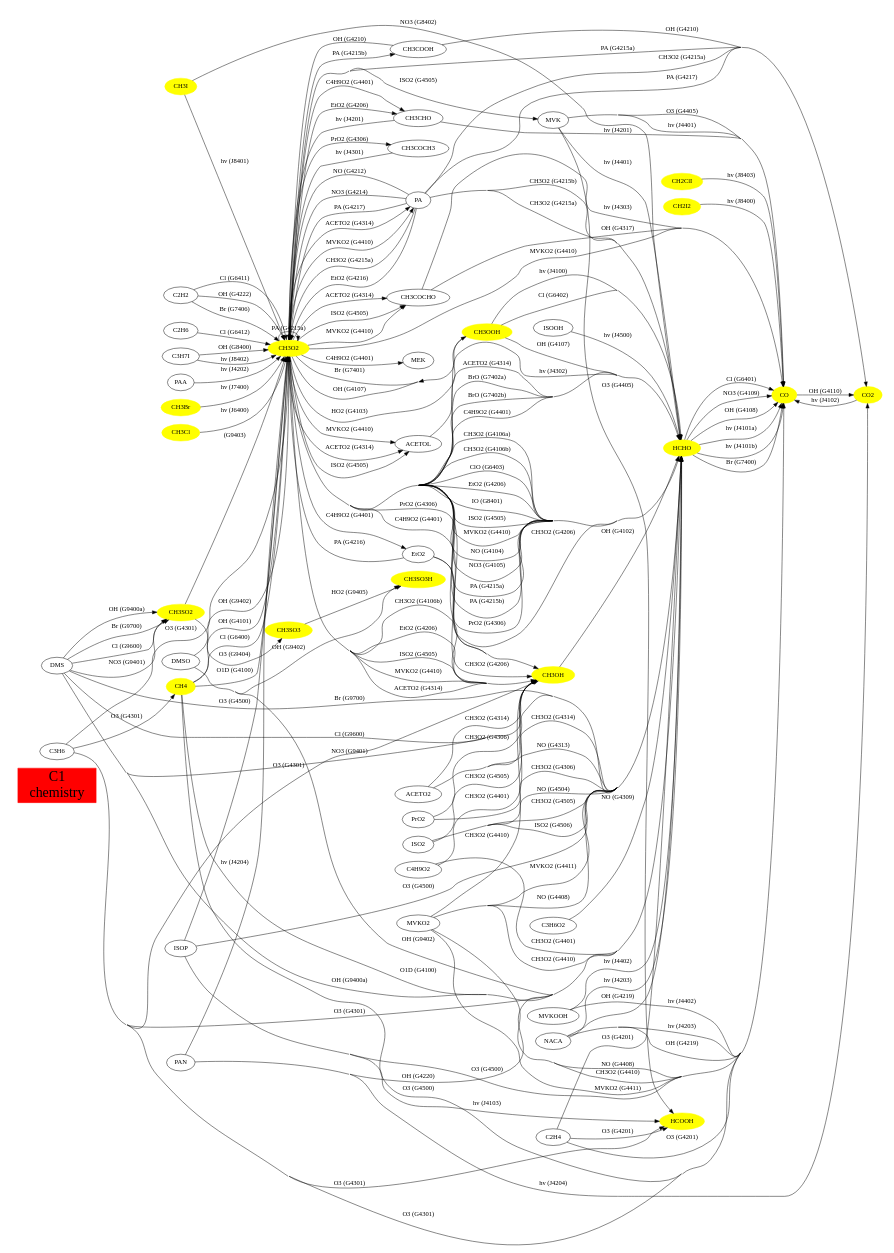
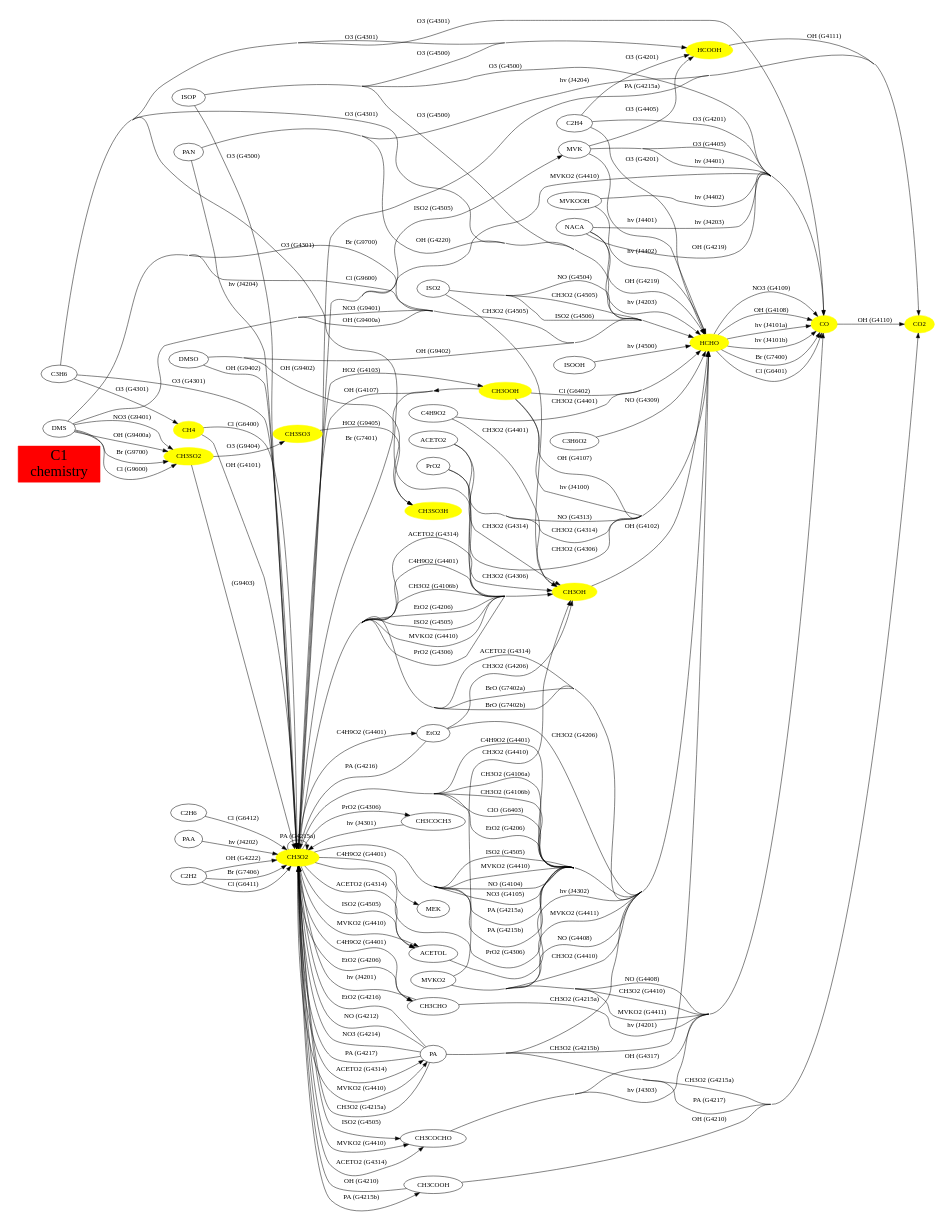
Before and after one commit to HartwigHarder/CAABA: the diagram in mecca/graphviz/C1.dot, drawn with Graphviz. The commit also changed 86 other files, not shown here.

```diff
--- a/mecca/graphviz/C1.dot
+++ b/mecca/graphviz/C1.dot
@@ -1,184 +1,167 @@
 // Created automatically by xgraphviz, DO NOT EDIT!
 digraph C1 {
   concentrate=true;
   rankdir=LR;
   size="8,8";
 "C1\nchemistry"
   [shape=box, fontsize=30,
   style="filled", color=red];
 subgraph species {
 node[shape=oval,
   color=yellow,
   style="filled"];
-CH2ClI
-CH2I2
-CH3Br
-CH3Cl
-CH3I
 CH3O2
 CH3OH
 CH3OOH
 CH3SO2
 CH3SO3
 CH3SO3H
 CH4
 CO
 CO2
 HCHO
 HCOOH
 }
 ACETO2 -> CH3OH [label = "CH3O2 (G4314)"];
 ACETO2 -> HCHO [label = "CH3O2 (G4314)"];
 ACETO2 -> HCHO [label = "NO (G4313)"];
 ACETOL -> HCHO [label = "hv (J4302)"];
 C2H2 -> CH3O2 [label = "Br (G7406)"];
 C2H2 -> CH3O2 [label = "Cl (G6411)"];
 C2H2 -> CH3O2 [label = "OH (G4222)"];
 C2H4 -> CO [label = "O3 (G4201)"];
 C2H4 -> HCHO [label = "O3 (G4201)"];
 C2H4 -> HCOOH [label = "O3 (G4201)"];
 C2H6 -> CH3O2 [label = "Cl (G6412)"];
 C3H6 -> CH3O2 [label = "O3 (G4301)"];
 C3H6 -> CH3OH [label = "O3 (G4301)"];
 C3H6 -> CH4 [label = "O3 (G4301)"];
 C3H6 -> CO [label = "O3 (G4301)"];
 C3H6 -> HCHO [label = "O3 (G4301)"];
 C3H6 -> HCOOH [label = "O3 (G4301)"];
 C3H6O2 -> HCHO [label = "NO (G4309)"];
-C3H7I -> CH3O2 [label = "OH (G8400)"];
-C3H7I -> CH3O2 [label = "hv (J8402)"];
 C4H9O2 -> CH3OH [label = "CH3O2 (G4401)"];
 C4H9O2 -> HCHO [label = "CH3O2 (G4401)"];
-CH2ClI -> CO [label = "hv (J8403)"];
-CH2I2 -> CO [label = "hv (J8400)"];
-CH3Br -> CH3O2 [label = "hv (J7400)"];
 CH3CHO -> CH3O2 [label = "hv (J4201)"];
 CH3CHO -> CO [label = "hv (J4201)"];
 CH3COCH3 -> CH3O2 [label = "hv (J4301)"];
 CH3COCHO -> CO [label = "OH (G4317)"];
 CH3COCHO -> CO [label = "hv (J4303)"];
 CH3COOH -> CH3O2 [label = "OH (G4210)"];
 CH3COOH -> CO2 [label = "OH (G4210)"];
-CH3Cl -> CH3O2 [label = "hv (J6400)"];
-CH3I -> CH3O2 [label = "hv (J8401)"];
-CH3I -> HCHO [label = "NO3 (G8402)"];
 CH3O2 -> ACETOL [label = "ACETO2 (G4314)"];
 CH3O2 -> ACETOL [label = "ISO2 (G4505)"];
 CH3O2 -> ACETOL [label = "MVKO2 (G4410)"];
 CH3O2 -> CH3CHO [label = "C4H9O2 (G4401)"];
 CH3O2 -> CH3CHO [label = "EtO2 (G4206)"];
 CH3O2 -> CH3COCH3 [label = "PrO2 (G4306)"];
 CH3O2 -> CH3COCHO [label = "ACETO2 (G4314)"];
 CH3O2 -> CH3COCHO [label = "ISO2 (G4505)"];
 CH3O2 -> CH3COCHO [label = "MVKO2 (G4410)"];
 CH3O2 -> CH3COOH [label = "PA (G4215b)"];
 CH3O2 -> CH3O2 [label = "PA (G4215a)"];
 CH3O2 -> CH3OH [label = "ACETO2 (G4314)"];
 CH3O2 -> CH3OH [label = "C4H9O2 (G4401)"];
 CH3O2 -> CH3OH [label = "CH3O2 (G4106b)"];
 CH3O2 -> CH3OH [label = "EtO2 (G4206)"];
 CH3O2 -> CH3OH [label = "ISO2 (G4505)"];
 CH3O2 -> CH3OH [label = "MVKO2 (G4410)"];
 CH3O2 -> CH3OH [label = "PrO2 (G4306)"];
 CH3O2 -> CH3OOH [label = "HO2 (G4103)"];
 CH3O2 -> CO [label = "MVKO2 (G4410)"];
 CH3O2 -> CO2 [label = "PA (G4215a)"];
 CH3O2 -> EtO2 [label = "C4H9O2 (G4401)"];
 CH3O2 -> HCHO [label = "ACETO2 (G4314)"];
 CH3O2 -> HCHO [label = "BrO (G7402a)"];
 CH3O2 -> HCHO [label = "BrO (G7402b)"];
 CH3O2 -> HCHO [label = "C4H9O2 (G4401)"];
 CH3O2 -> HCHO [label = "CH3O2 (G4106a)"];
 CH3O2 -> HCHO [label = "CH3O2 (G4106b)"];
 CH3O2 -> HCHO [label = "ClO (G6403)"];
 CH3O2 -> HCHO [label = "EtO2 (G4206)"];
-CH3O2 -> HCHO [label = "IO (G8401)"];
 CH3O2 -> HCHO [label = "ISO2 (G4505)"];
 CH3O2 -> HCHO [label = "MVKO2 (G4410)"];
 CH3O2 -> HCHO [label = "NO (G4104)"];
 CH3O2 -> HCHO [label = "NO3 (G4105)"];
 CH3O2 -> HCHO [label = "PA (G4215a)"];
 CH3O2 -> HCHO [label = "PA (G4215b)"];
 CH3O2 -> HCHO [label = "PrO2 (G4306)"];
 CH3O2 -> MEK [label = "C4H9O2 (G4401)"];
 CH3O2 -> MVK [label = "ISO2 (G4505)"];
 CH3O2 -> PA [label = "ACETO2 (G4314)"];
 CH3O2 -> PA [label = "MVKO2 (G4410)"];
 CH3OH -> HCHO [label = "OH (G4102)"];
 CH3OOH -> CH3O2 [label = "Br (G7401)"];
 CH3OOH -> CH3O2 [label = "OH (G4107)"];
 CH3OOH -> HCHO [label = "Cl (G6402)"];
 CH3OOH -> HCHO [label = "OH (G4107)"];
 CH3OOH -> HCHO [label = "hv (J4100)"];
 CH3SO2 -> CH3O2 [label = " (G9403)"];
 CH3SO2 -> CH3SO3 [label = "O3 (G9404)"];
 CH3SO3 -> CH3SO3H [label = "HO2 (G9405)"];
 CH4 -> CH3O2 [label = "Cl (G6400)"];
-CH4 -> CH3O2 [label = "O1D (G4100)"];
 CH4 -> CH3O2 [label = "OH (G4101)"];
-CH4 -> CO [label = "hv (J4103)"];
-CH4 -> HCHO [label = "O1D (G4100)"];
 CO -> CO2 [label = "OH (G4110)"];
-CO2 -> CO [label = "hv (J4102)"];
 DMS -> CH3SO2 [label = "Br (G9700)"];
 DMS -> CH3SO2 [label = "Cl (G9600)"];
 DMS -> CH3SO2 [label = "NO3 (G9401)"];
 DMS -> CH3SO2 [label = "OH (G9400a)"];
 DMS -> HCHO [label = "Br (G9700)"];
 DMS -> HCHO [label = "Cl (G9600)"];
 DMS -> HCHO [label = "NO3 (G9401)"];
 DMS -> HCHO [label = "OH (G9400a)"];
 DMSO -> CH3O2 [label = "OH (G9402)"];
 DMSO -> CH3SO3H [label = "OH (G9402)"];
 DMSO -> HCHO [label = "OH (G9402)"];
 EtO2 -> CH3O2 [label = "PA (G4216)"];
 EtO2 -> CH3OH [label = "CH3O2 (G4206)"];
 EtO2 -> HCHO [label = "CH3O2 (G4206)"];
 HCHO -> CO [label = "Br (G7400)"];
 HCHO -> CO [label = "Cl (G6401)"];
 HCHO -> CO [label = "NO3 (G4109)"];
 HCHO -> CO [label = "OH (G4108)"];
 HCHO -> CO [label = "hv (J4101a)"];
 HCHO -> CO [label = "hv (J4101b)"];
+HCOOH -> CO2 [label = "OH (G4111)"];
 ISO2 -> CH3OH [label = "CH3O2 (G4505)"];
 ISO2 -> HCHO [label = "CH3O2 (G4505)"];
 ISO2 -> HCHO [label = "ISO2 (G4506)"];
 ISO2 -> HCHO [label = "NO (G4504)"];
 ISOOH -> HCHO [label = "hv (J4500)"];
 ISOP -> CH3O2 [label = "O3 (G4500)"];
 ISOP -> CO [label = "O3 (G4500)"];
 ISOP -> HCHO [label = "O3 (G4500)"];
 ISOP -> HCOOH [label = "O3 (G4500)"];
 MVK -> CO [label = "O3 (G4405)"];
 MVK -> CO [label = "hv (J4401)"];
 MVK -> HCHO [label = "hv (J4401)"];
 MVK -> HCOOH [label = "O3 (G4405)"];
 MVKO2 -> CH3OH [label = "CH3O2 (G4410)"];
 MVKO2 -> CO [label = "CH3O2 (G4410)"];
 MVKO2 -> CO [label = "MVKO2 (G4411)"];
 MVKO2 -> CO [label = "NO (G4408)"];
 MVKO2 -> HCHO [label = "CH3O2 (G4410)"];
 MVKO2 -> HCHO [label = "MVKO2 (G4411)"];
 MVKO2 -> HCHO [label = "NO (G4408)"];
 MVKOOH -> CO [label = "hv (J4402)"];
 MVKOOH -> HCHO [label = "hv (J4402)"];
 NACA -> CO [label = "OH (G4219)"];
 NACA -> CO [label = "hv (J4203)"];
 NACA -> HCHO [label = "OH (G4219)"];
 NACA -> HCHO [label = "hv (J4203)"];
 PA -> CH3O2 [label = "CH3O2 (G4215a)"];
 PA -> CH3O2 [label = "EtO2 (G4216)"];
 PA -> CH3O2 [label = "NO (G4212)"];
 PA -> CH3O2 [label = "NO3 (G4214)"];
 PA -> CH3O2 [label = "PA (G4217)"];
 PA -> CO2 [label = "CH3O2 (G4215a)"];
 PA -> CO2 [label = "PA (G4217)"];
 PA -> HCHO [label = "CH3O2 (G4215a)"];
 PA -> HCHO [label = "CH3O2 (G4215b)"];
 PAA -> CH3O2 [label = "hv (J4202)"];
 PAN -> CH3O2 [label = "hv (J4204)"];
 PAN -> CO2 [label = "hv (J4204)"];
 PAN -> HCHO [label = "OH (G4220)"];
 PrO2 -> CH3OH [label = "CH3O2 (G4306)"];
 PrO2 -> HCHO [label = "CH3O2 (G4306)"];
 }
```
